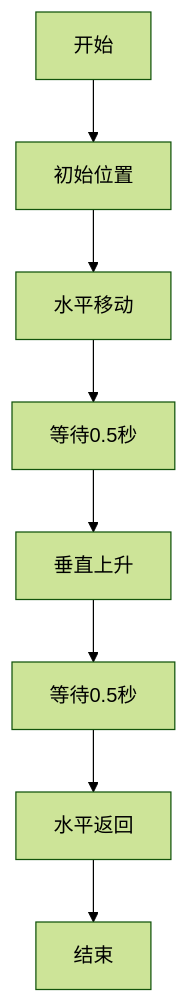
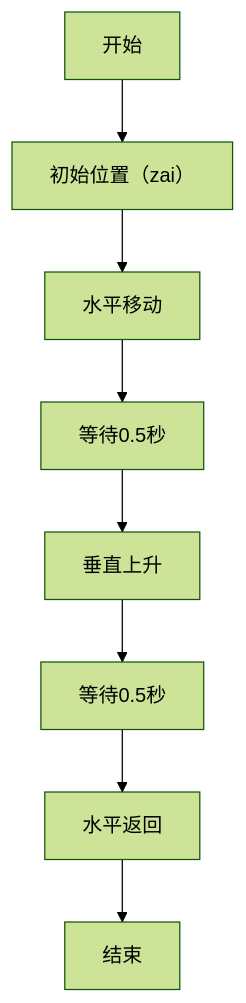
One commit to Mrmilu212/iodraw-files changed the diagram in all/未命名-1.md. Above: the diagram before and after it, drawn with Mermaid (forest theme).

Commit message:
2025-05-20 14:49:47 update

````diff
--- a/all/未命名-1.md
+++ b/all/未命名-1.md
@@ -1,10 +1,10 @@
 ```mermaid
 graph TD
-    A[开始] --> B[初始位置]
+    A[开始] --> B[初始位置（zai）]
     B --> C[水平移动]
     C --> D[等待0.5秒]
     D --> E[垂直上升]
     E --> F[等待0.5秒]
     F --> G[水平返回]
     G --> H[结束]
 ```
````
